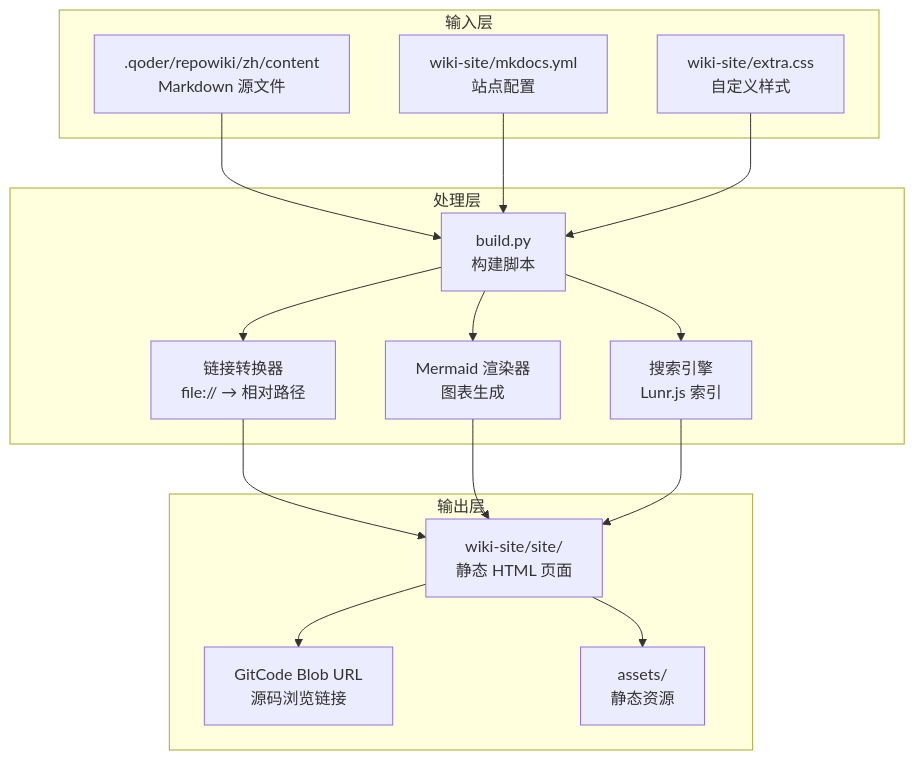
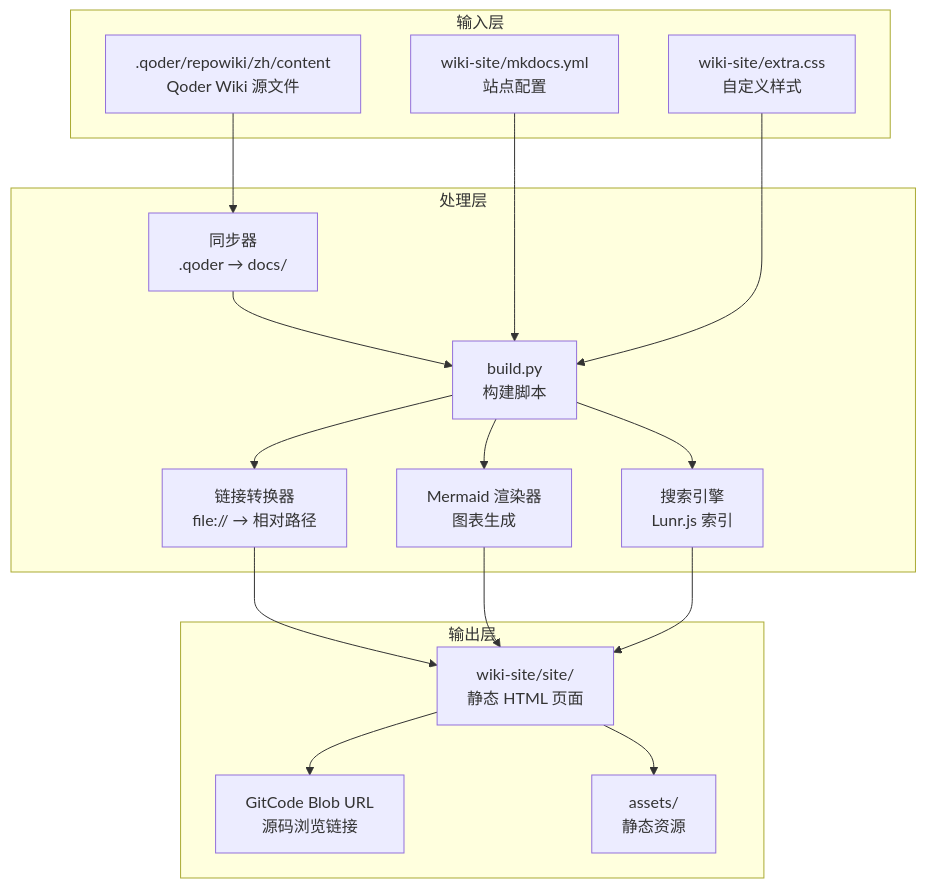
Before and after one commit to jiashaoying/quant-ai: the first of 3 diagrams in wiki-site/docs/开发指南/文档站点基础设施.md, drawn with Mermaid. The commit also changed other lines of this file and 150 other files, not shown here.

````diff
--- a/wiki-site/docs/开发指南/文档站点基础设施.md
+++ b/wiki-site/docs/开发指南/文档站点基础设施.md
@@ -56,30 +55,32 @@
 ```mermaid
 graph TB
 subgraph "输入层"
-CONTENT[".qoder/repowiki/zh/content<br/>Markdown 源文件"]
+QODER[".qoder/repowiki/zh/content<br/>Qoder Wiki 源文件"]
 CONFIG["wiki-site/mkdocs.yml<br/>站点配置"]
 CSS["wiki-site/extra.css<br/>自定义样式"]
 end
 subgraph "处理层"
+SYNC["同步器<br/>.qoder → docs/"]
 BUILD["build.py<br/>构建脚本"]
 LINKS["链接转换器<br/>file:// → 相对路径"]
 MERMAID["Mermaid 渲染器<br/>图表生成"]
 SEARCH["搜索引擎<br/>Lunr.js 索引"]
 end
 subgraph "输出层"
 SITE["wiki-site/site/<br/>静态 HTML 页面"]
 GITCODE["GitCode Blob URL<br/>源码浏览链接"]
 ASSETS["assets/<br/>静态资源"]
 end
-CONTENT --> BUILD
+QODER --> SYNC
+SYNC --> BUILD
 CONFIG --> BUILD
 CSS --> BUILD
 BUILD --> LINKS
 BUILD --> MERMAID
 BUILD --> SEARCH
 LINKS --> SITE
 MERMAID --> SITE
 SEARCH --> SITE
 SITE --> GITCODE
 SITE --> ASSETS
 ```
````
